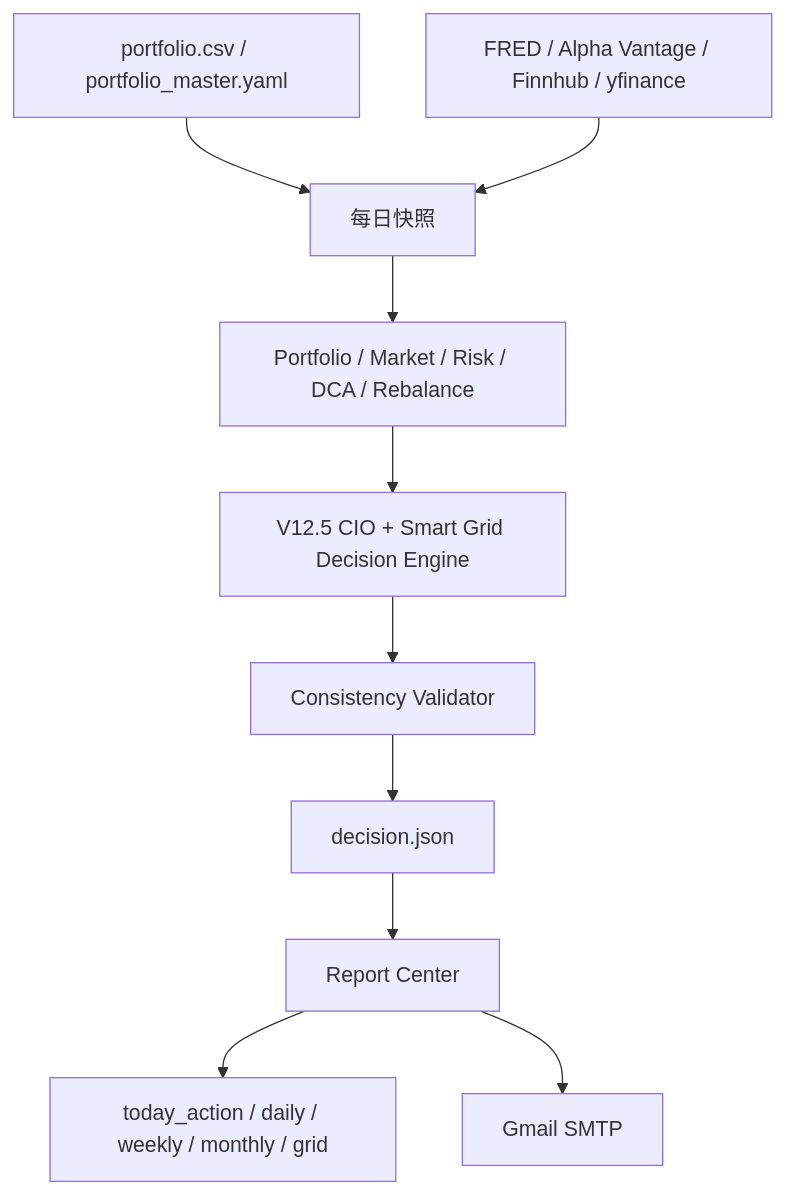
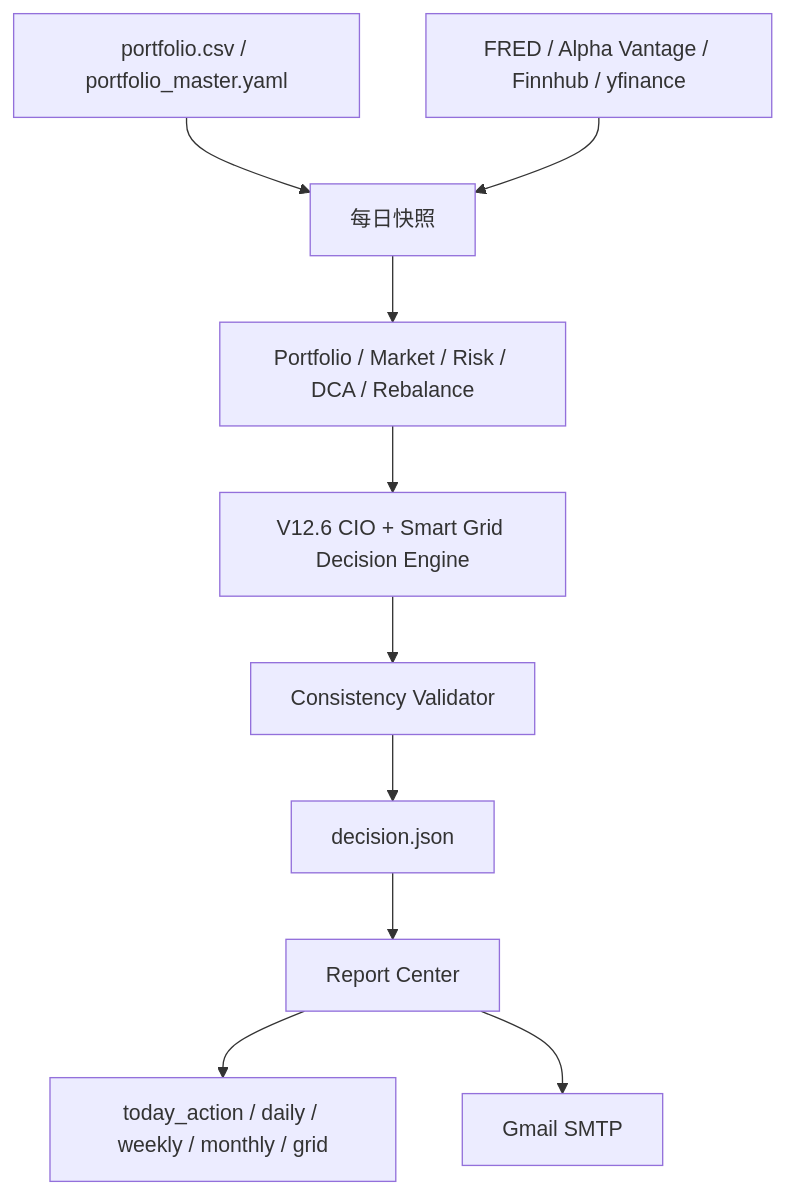
Before and after one commit to shitou3263063-pixel/stone-ai-investment-manager: the diagram in reports/project_audit.md, drawn with Mermaid. The commit also changed other lines of this file and 38 other files, not shown here.

````diff
--- a/reports/project_audit.md
+++ b/reports/project_audit.md
@@ -18,12 +18,12 @@
 ```mermaid
 flowchart TD
   A["portfolio.csv / portfolio_master.yaml"] --> B["每日快照"]
   C["FRED / Alpha Vantage / Finnhub / yfinance"] --> B
   B --> D["Portfolio / Market / Risk / DCA / Rebalance"]
-  D --> E["V12.5 CIO + Smart Grid Decision Engine"]
+  D --> E["V12.6 CIO + Smart Grid Decision Engine"]
   E --> F["Consistency Validator"]
   F --> G["decision.json"]
   G --> H["Report Center"]
   H --> I["today_action / daily / weekly / monthly / grid"]
   H --> J["Gmail SMTP"]
 ```
````
